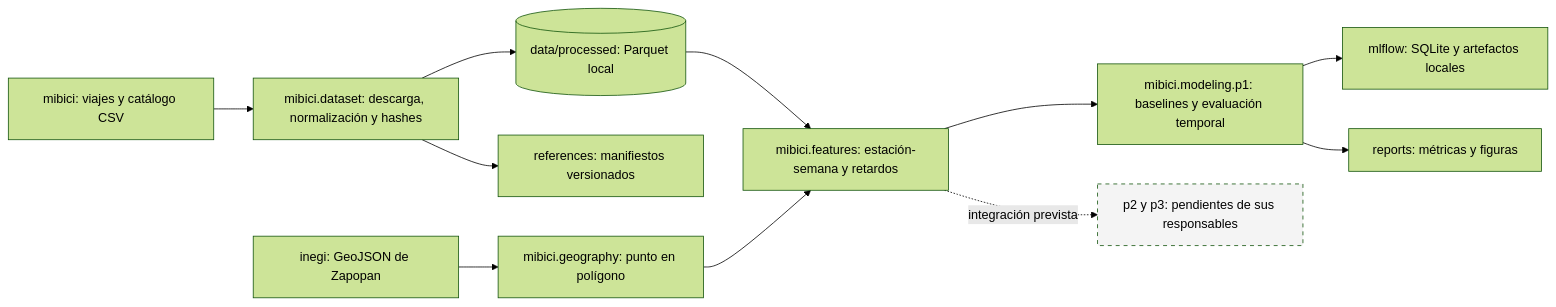
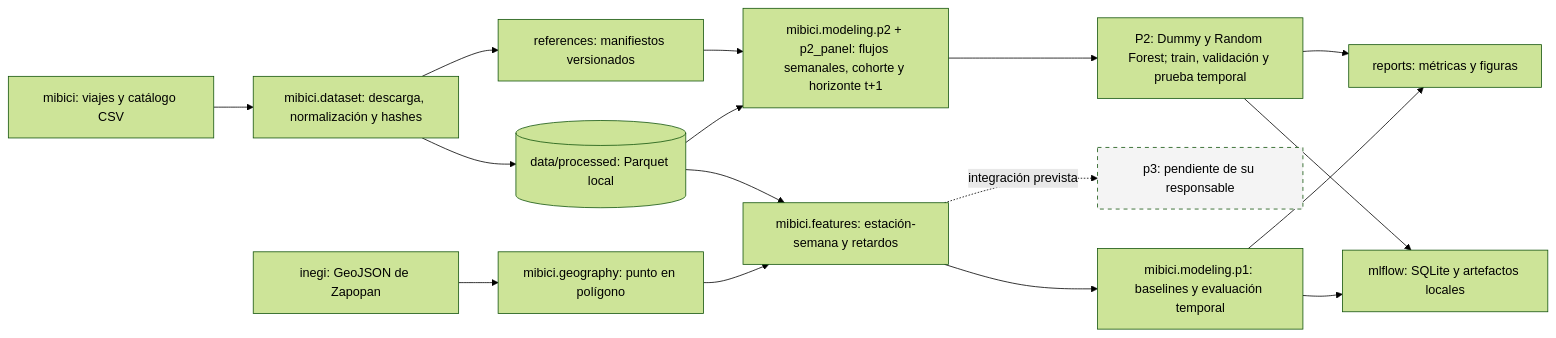
Before and after one commit to salinasromerodaniel/TC5061-Proyecto-Equipo13: the diagram in references/arquitectura.mmd, drawn with Mermaid (forest theme). The commit also changed 6 other files, not shown here.

```diff
--- a/references/arquitectura.mmd
+++ b/references/arquitectura.mmd
@@ -1,13 +1,18 @@
 flowchart LR
   csv["mibici: viajes y catálogo CSV"] --> ingest["mibici.dataset: descarga, normalización y hashes"]
   ingest --> data[("data/processed: Parquet local")]
   ingest --> manifest["references: manifiestos versionados"]
   inegi["inegi: GeoJSON de Zapopan"] --> geo["mibici.geography: punto en polígono"]
   data --> features["mibici.features: estación-semana y retardos"]
   geo --> features
   features --> p1["mibici.modeling.p1: baselines y evaluación temporal"]
   p1 --> tracking["mlflow: SQLite y artefactos locales"]
   p1 --> reports["reports: métricas y figuras"]
-  features -. "integración prevista" .-> others["p2 y p3: pendientes de sus responsables"]
+  data --> p2panel["mibici.modeling.p2 + p2_panel: flujos semanales, cohorte y horizonte t+1"]
+  manifest --> p2panel
+  p2panel --> p2["P2: Dummy y Random Forest; train, validación y prueba temporal"]
+  p2 --> tracking
+  p2 --> reports
+  features -. "integración prevista" .-> others["p3: pendiente de su responsable"]
   classDef pending stroke-dasharray:5 5,fill:#f4f4f4;
   class others pending;
```
